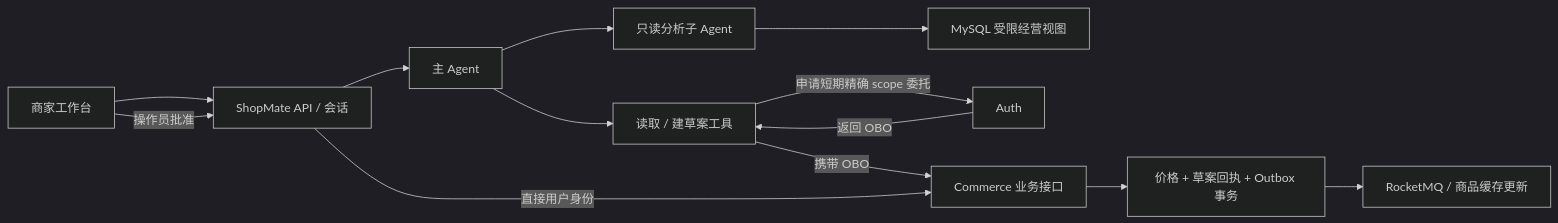
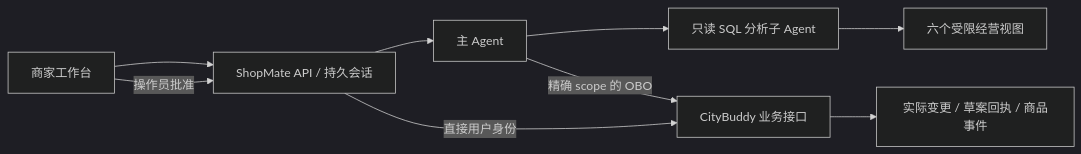
Before and after one commit to ChanTso/shopmate: the diagram in README.md, drawn with Mermaid (dark theme). The commit also changed other lines of this file and 71 other files, not shown here.

Commit message:
Connect full merchant retail workflows to CityBuddy (#2)

````diff
--- a/README.md
+++ b/README.md
@@ -16,15 +17,11 @@
 ```mermaid
 flowchart LR
-  UI[商家工作台] --> Host[ShopMate API / 会话]
-  Host --> Main[主 Agent]
-  Main --> Analysis[只读分析子 Agent]
-  Analysis --> Views[MySQL 受限经营视图]
-  Main --> Tools[读取 / 建草案工具]
-  Tools -->|申请短期精确 scope 委托| Auth[Auth]
-  Auth -->|返回 OBO| Tools
-  Tools -->|携带 OBO| Java[Commerce 业务接口]
+  UI[商家工作台] --> Host[ShopMate API / 持久会话]
+  Host --> Agent[主 Agent]
+  Agent --> Analysis[只读 SQL 分析子 Agent]
+  Analysis --> Views[六个受限经营视图]
+  Agent -->|精确 scope 的 OBO| Java[CityBuddy 业务接口]
   UI -->|操作员批准| Host
   Host -->|直接用户身份| Java
-  Java --> TX[价格 + 草案回执 + Outbox 事务]
-  TX --> Cache[RocketMQ / 商品缓存更新]
+  Java --> Transaction[实际变更 / 草案回执 / 商品事件]
 ```
````
